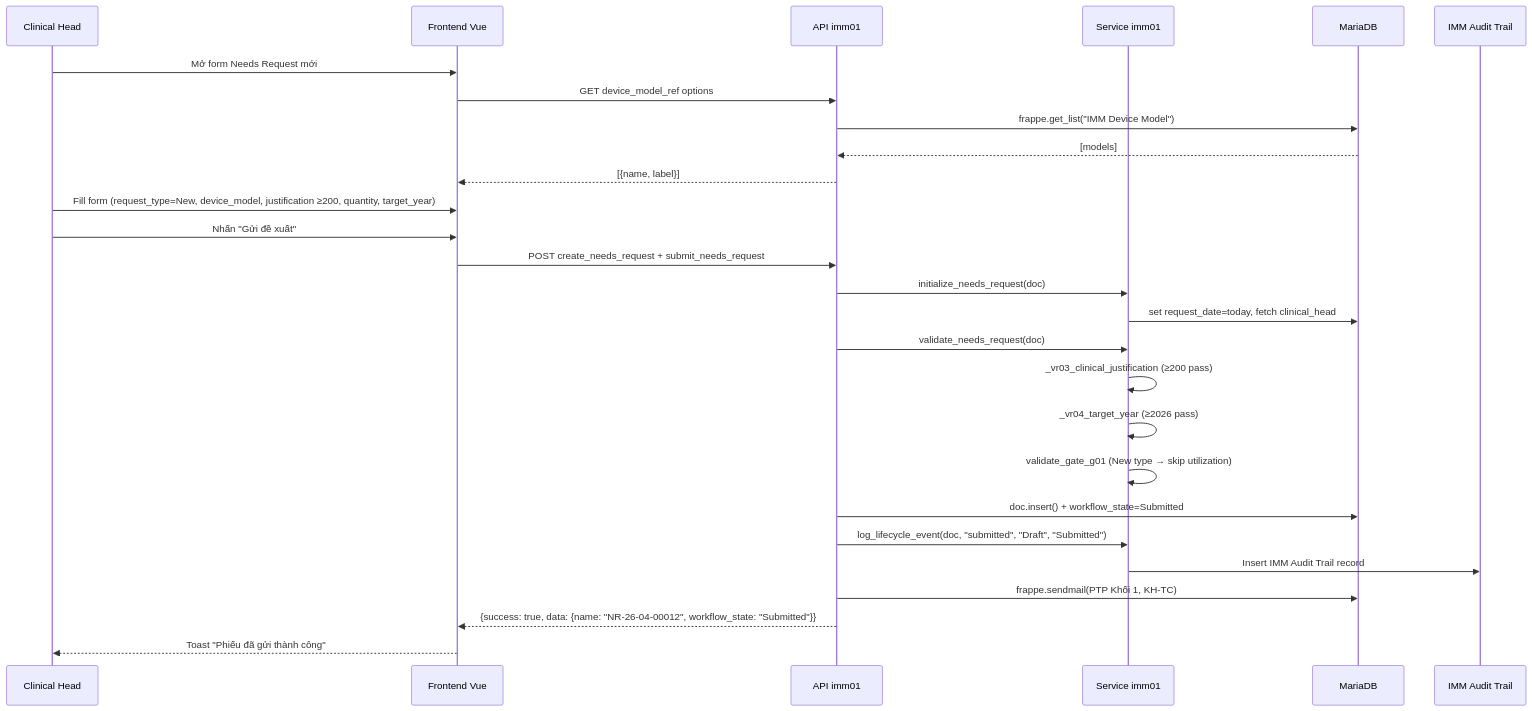
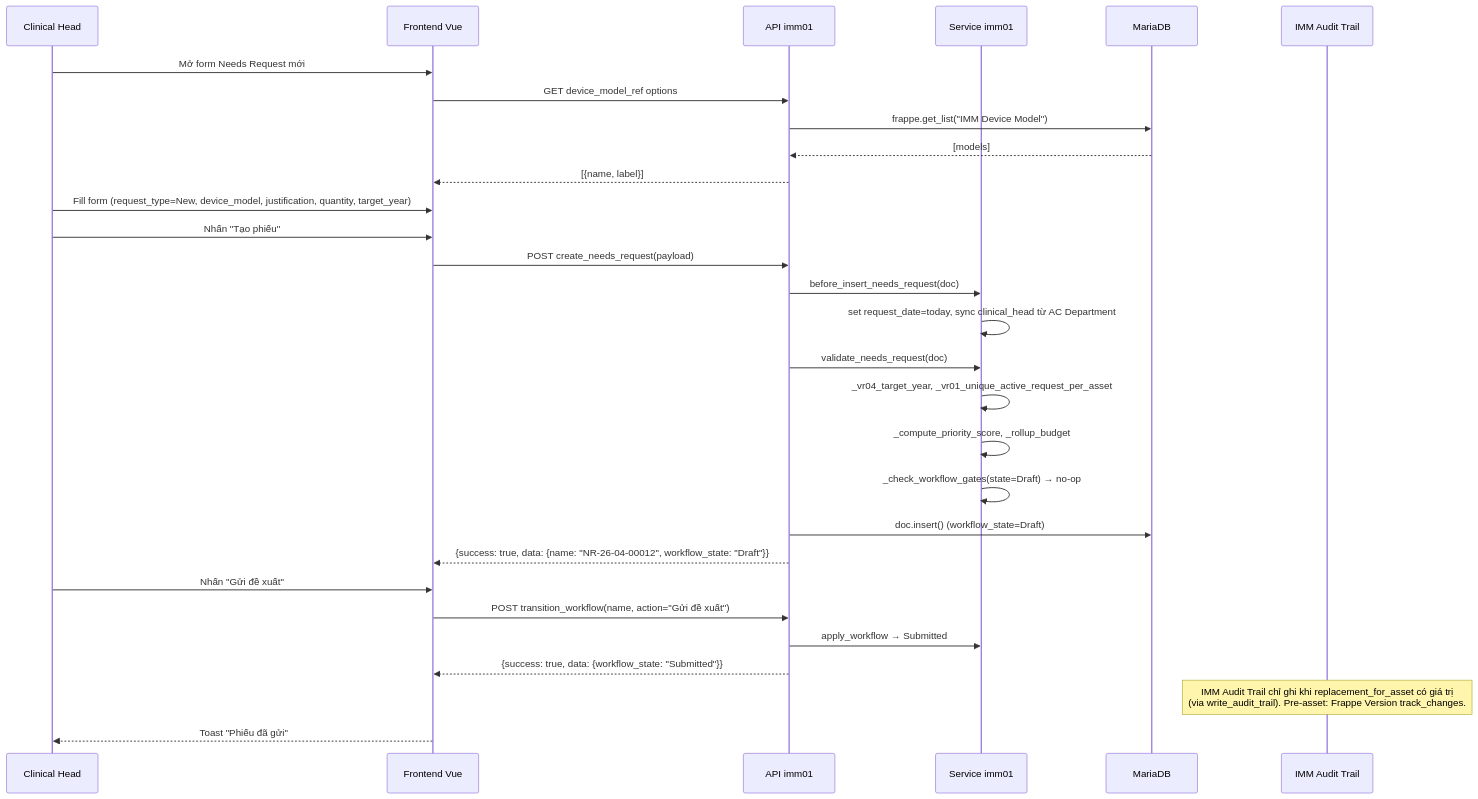
One commit to mvl26/Assetcore changed the third of 5 diagrams in docs/imm-01/03_Diagrams.md. Above: the diagram before and after it, drawn with Mermaid. The commit also changed other lines of this file and 180 other files, not shown here.

````diff
--- a/docs/imm-01/03_Diagrams.md
+++ b/docs/imm-01/03_Diagrams.md
@@ -237,31 +259,34 @@
 ```mermaid
 sequenceDiagram
     participant CH as Clinical Head
     participant FE as Frontend Vue
     participant API as API imm01
     participant SVC as Service imm01
     participant DB as MariaDB
     participant AT as IMM Audit Trail
 
     CH->>FE: Mở form Needs Request mới
     FE->>API: GET device_model_ref options
     API->>DB: frappe.get_list("IMM Device Model")
     DB-->>API: [models]
     API-->>FE: [{name, label}]
 
-    CH->>FE: Fill form (request_type=New, device_model, justification ≥200, quantity, target_year)
+    CH->>FE: Fill form (request_type=New, device_model, justification, quantity, target_year)
+    CH->>FE: Nhấn "Tạo phiếu"
+    FE->>API: POST create_needs_request(payload)
+    API->>SVC: before_insert_needs_request(doc)
+    SVC->>SVC: set request_date=today, sync clinical_head từ AC Department
+    API->>SVC: validate_needs_request(doc)
+    SVC->>SVC: _vr04_target_year, _vr01_unique_active_request_per_asset
+    SVC->>SVC: _compute_priority_score, _rollup_budget
+    SVC->>SVC: _check_workflow_gates(state=Draft) → no-op
+    API->>DB: doc.insert() (workflow_state=Draft)
+    API-->>FE: {success: true, data: {name: "NR-26-04-00012", workflow_state: "Draft"}}
+
     CH->>FE: Nhấn "Gửi đề xuất"
-    FE->>API: POST create_needs_request + submit_needs_request
-    API->>SVC: initialize_needs_request(doc)
-    SVC->>DB: set request_date=today, fetch clinical_head
-    API->>SVC: validate_needs_request(doc)
-    SVC->>SVC: _vr03_clinical_justification (≥200 pass)
-    SVC->>SVC: _vr04_target_year (≥2026 pass)
-    SVC->>SVC: validate_gate_g01 (New type → skip utilization)
-    API->>DB: doc.insert() + workflow_state=Submitted
-    API->>SVC: log_lifecycle_event(doc, "submitted", "Draft", "Submitted")
-    SVC->>AT: Insert IMM Audit Trail record
-    API->>DB: frappe.sendmail(PTP Khối 1, KH-TC)
-    API-->>FE: {success: true, data: {name: "NR-26-04-00012", workflow_state: "Submitted"}}
-    FE-->>CH: Toast "Phiếu đã gửi thành công"
+    FE->>API: POST transition_workflow(name, action="Gửi đề xuất")
+    API->>SVC: apply_workflow → Submitted
+    API-->>FE: {success: true, data: {workflow_state: "Submitted"}}
+    Note over AT: IMM Audit Trail chỉ ghi khi replacement_for_asset có giá trị<br/>(via write_audit_trail). Pre-asset: Frappe Version track_changes.
+    FE-->>CH: Toast "Phiếu đã gửi"
 ```
````
